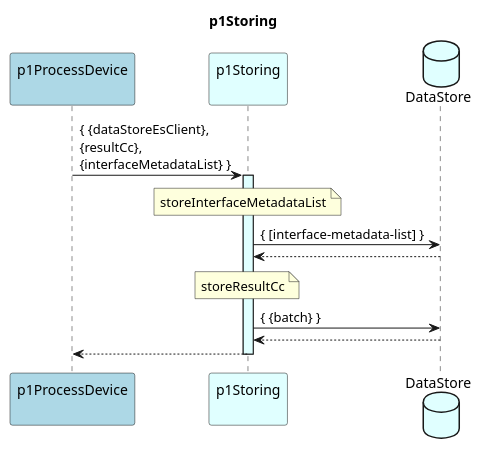
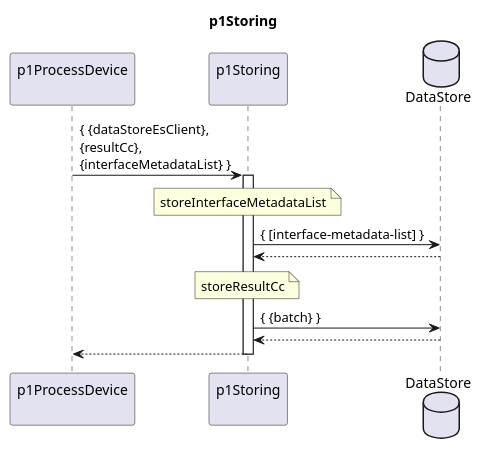
One commit to openBackhaul/DevicePerformanceManagementDataProcessor changed the diagram in spec/Functions/p1StreamPmData/p1ProcessDevice/p1Storing/1.0.0/p1Storing.plantuml. Above: the diagram before and after it, drawn with PlantUML. The commit also changed 6 other files, not shown here.

Commit message:
Recollor p1ProcessDevice

```diff
--- a/spec/Functions/p1StreamPmData/p1ProcessDevice/p1Storing/1.0.0/p1Storing.plantuml
+++ b/spec/Functions/p1StreamPmData/p1ProcessDevice/p1Storing/1.0.0/p1Storing.plantuml
@@ -1,32 +1,32 @@
 @startuml p1Storing
 skinparam responseMessageBelowArrow true
 
 title
   p1Storing
 end title
 
-participant "p1ProcessDevice\n" as requestor #LightBlue
-participant "p1Storing\n" as cur #LightCyan
-database "DataStore" as ds #LightCyan
+participant "p1ProcessDevice\n" as requestor
+participant "p1Storing\n" as cur
+database "DataStore" as ds
 
 
 requestor -> cur : { {dataStoreEsClient},\n{resultCc},\n{interfaceMetadataList} }
-activate cur #LightCyan
+activate cur
 
   note over cur
     storeInterfaceMetadataList
   end note
   cur -> ds: { [interface-metadata-list] }
   cur <-- ds
 
   note over cur
     storeResultCc
   end note
   cur -> ds: { {batch} }
   cur <-- ds
 
 requestor <-- cur
 
 deactivate cur
 
 @enduml
```
